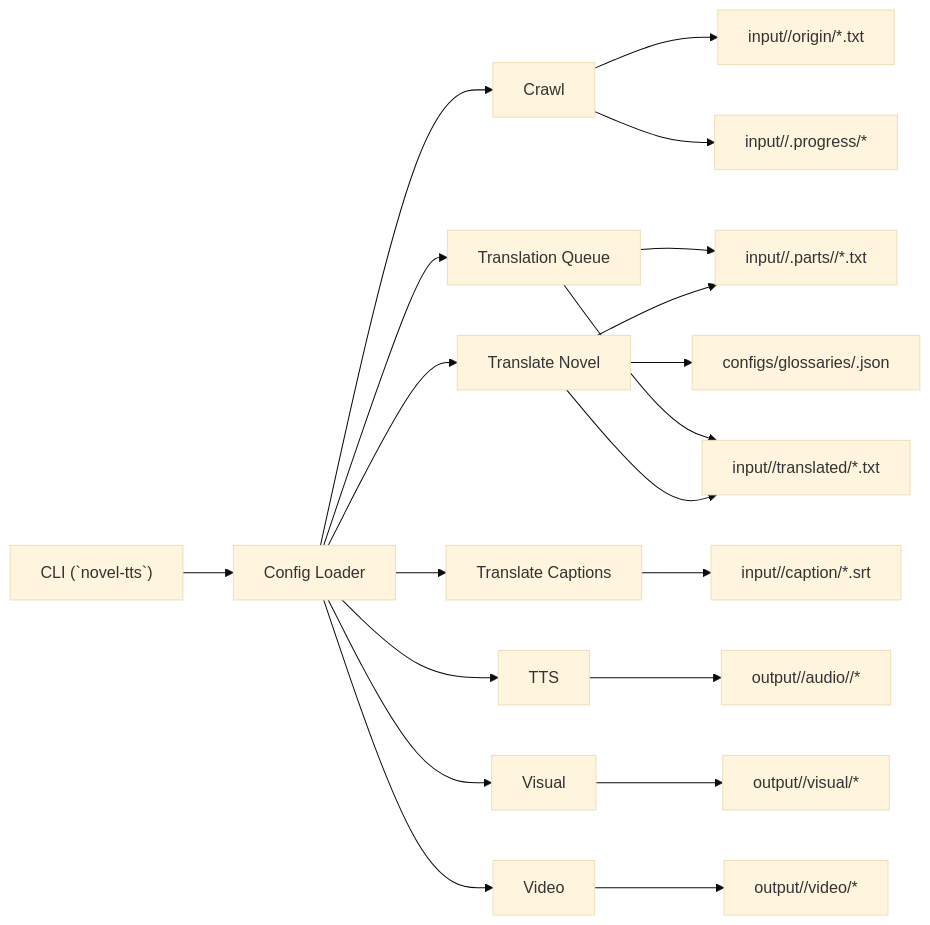
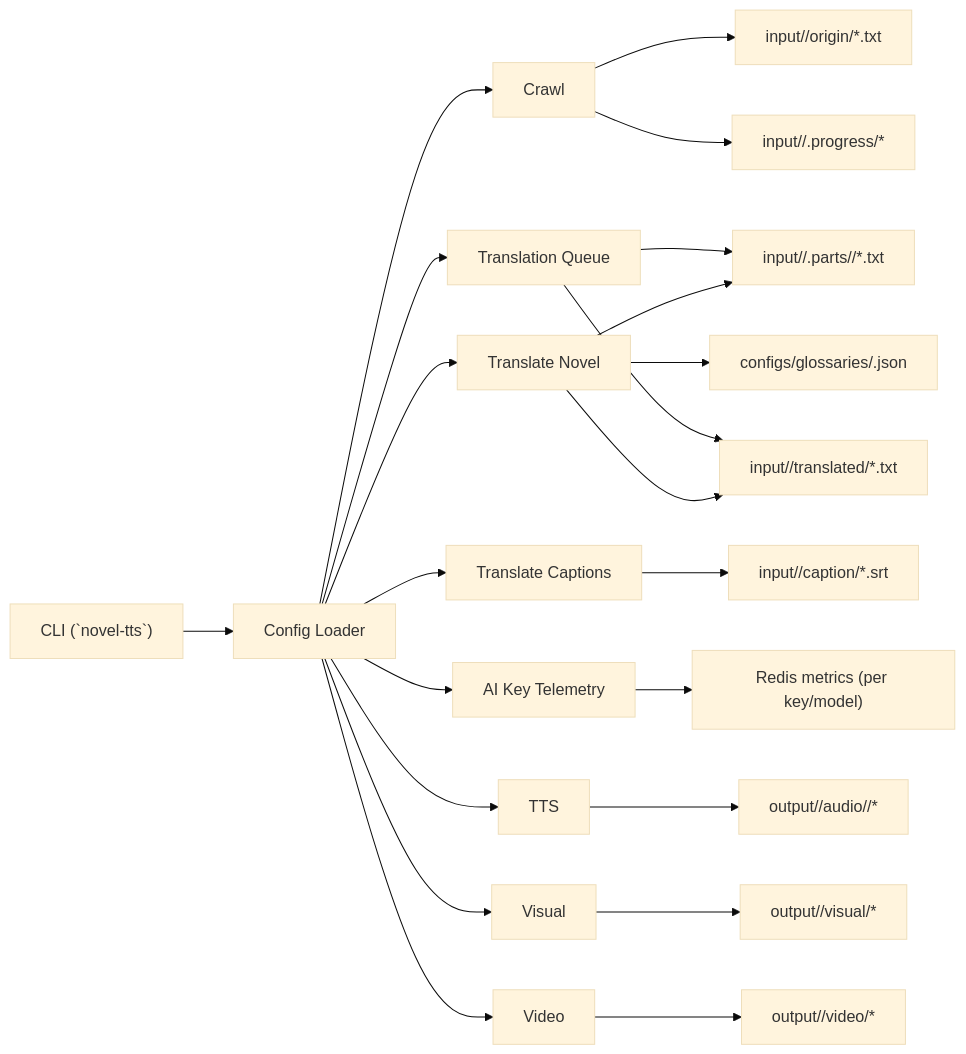
The first of 8 diagrams in docs/ARCHITECTURE.md (danielpham765/novel-tts), drawn with Mermaid (base theme) before and after one commit. The commit also changed other lines of this file and 37 other files, not shown here.

````diff
--- a/docs/ARCHITECTURE.md
+++ b/docs/ARCHITECTURE.md
@@ -25,23 +25,25 @@
 ```mermaid
 flowchart LR
     CLI["CLI (`novel-tts`)"] --> CFG["Config Loader"]
     CFG --> CRAWL["Crawl"]
     CFG --> TRANS["Translate Novel"]
     CFG --> CAP["Translate Captions"]
     CFG --> QUEUE["Translation Queue"]
+    CFG --> AIKEY["AI Key Telemetry"]
     CFG --> TTS["TTS"]
     CFG --> VIS["Visual"]
     CFG --> VID["Video"]
 
     CRAWL --> ORIGIN["input/<novel>/origin/*.txt"]
     CRAWL --> PROGRESS["input/<novel>/.progress/*"]
     TRANS --> PARTS["input/<novel>/.parts/<batch>/*.txt"]
     TRANS --> TRANSLATED["input/<novel>/translated/*.txt"]
     TRANS --> GLOSSARY["configs/glossaries/<novel>.json"]
     CAP --> CAPTION["input/<novel>/caption/*.srt"]
     QUEUE --> PARTS
     QUEUE --> TRANSLATED
+    AIKEY --> REDISMETRICS["Redis metrics (per key/model)"]
     TTS --> AUDIO["output/<novel>/audio/<range>/*"]
     VIS --> VISUAL["output/<novel>/visual/*"]
     VID --> VIDEO["output/<novel>/video/*"]
 ```
````
